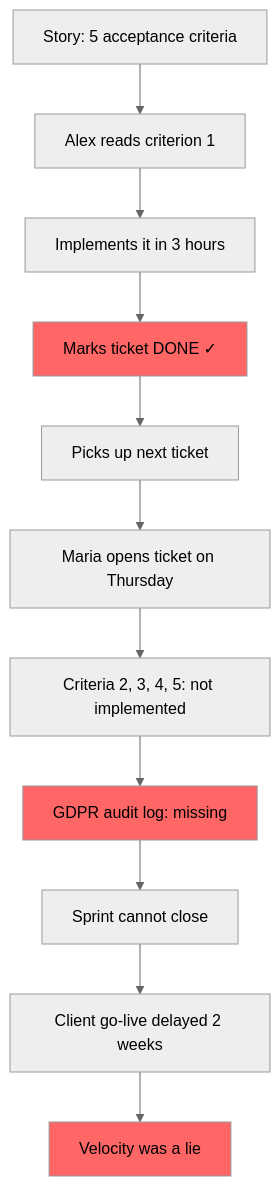
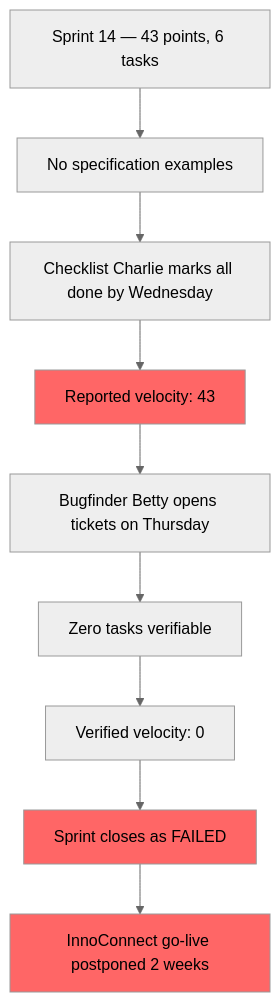
One commit to truedoctales/truedoctales-4j changed the diagram in fairy-doc-tales/03_squirrel-dev/00_intro.md. Above: the diagram before and after it, drawn with Mermaid (neutral theme). The commit also changed other lines of this file and 21 other files, not shown here.

````diff
--- a/fairy-doc-tales/03_squirrel-dev/00_intro.md
+++ b/fairy-doc-tales/03_squirrel-dev/00_intro.md
@@ -28,16 +53,14 @@
 ```mermaid
 graph TD
-    A[Story: 5 acceptance criteria] --> B[Alex reads criterion 1]
-    B --> C[Implements it in 3 hours]
-    C --> D[Marks ticket DONE ✓]
-    D --> E[Picks up next ticket]
-    E --> F[Maria opens ticket on Thursday]
-    F --> G[Criteria 2, 3, 4, 5: not implemented]
-    G --> H[GDPR audit log: missing]
-    H --> I[Sprint cannot close]
-    I --> J[Client go-live delayed 2 weeks]
-    J --> K[Velocity was a lie]
+    A[Sprint 14 — 43 points, 6 tasks] --> B[No specification examples]
+    B --> C[Checklist Charlie marks all done by Wednesday]
+    C --> D[Reported velocity: 43]
+    D --> E[Bugfinder Betty opens tickets on Thursday]
+    E --> F[Zero tasks verifiable]
+    F --> G[Verified velocity: 0]
+    G --> H[Sprint closes as FAILED]
+    H --> I[InnoConnect go-live postponed 2 weeks]
     style D fill:#f66
     style H fill:#f66
-    style K fill:#f66
+    style I fill:#f66
 ```
````
